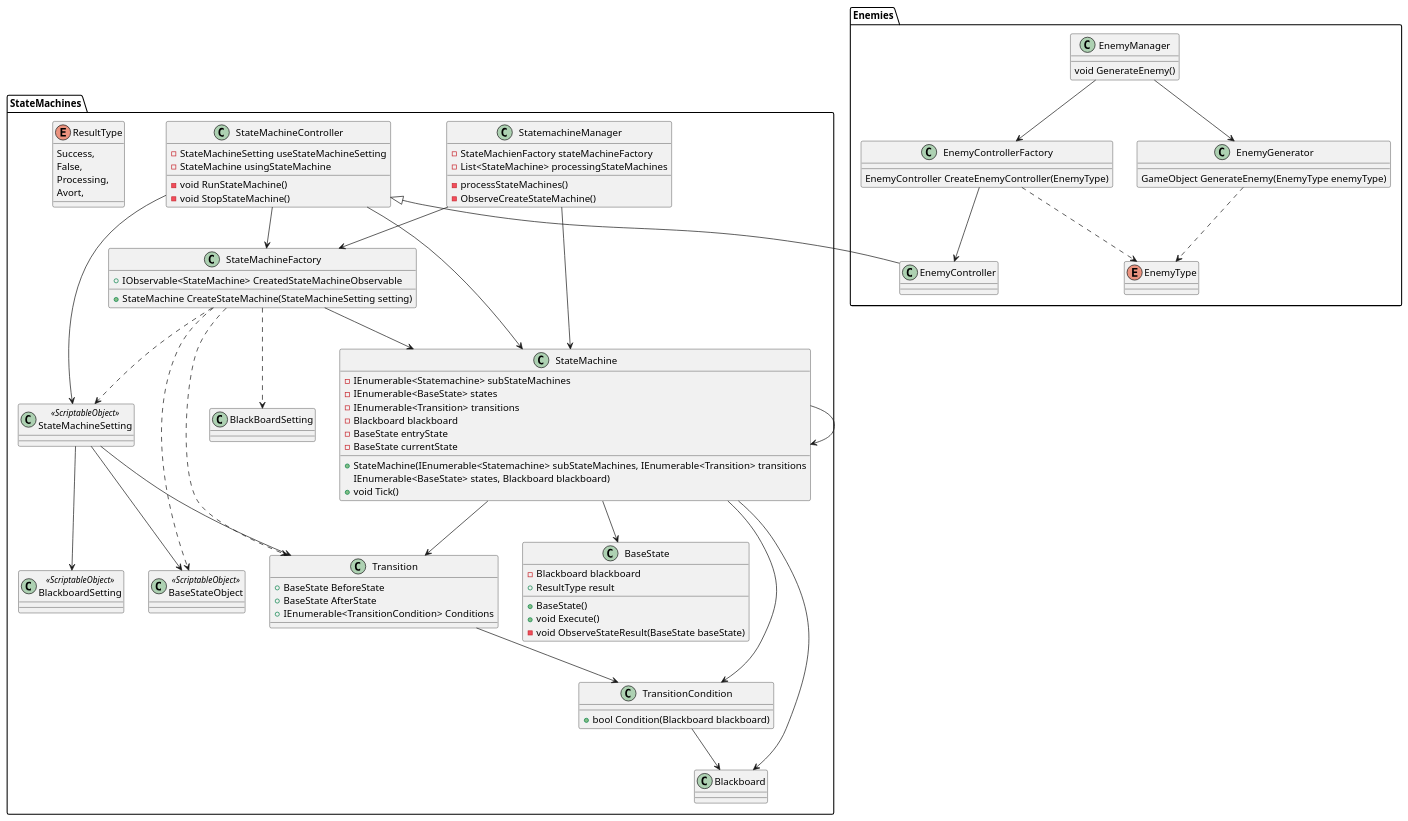
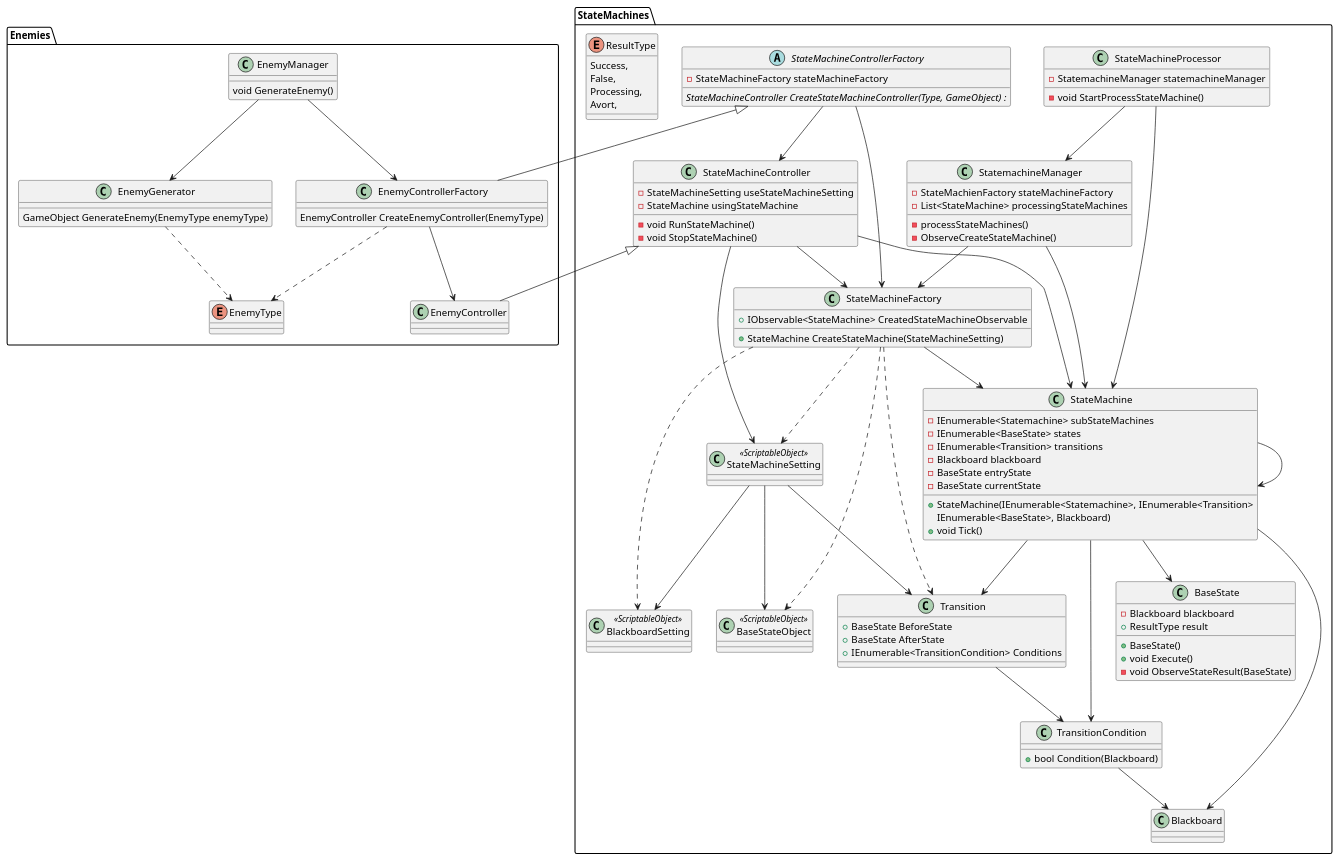
One commit to snsk0/TowerDefense changed the diagram in ClassDiagrams/StateMachine.pu. Above: the diagram before and after it, drawn with PlantUML. The commit also changed 8 other files, not shown here.

```diff
--- a/ClassDiagrams/StateMachine.pu
+++ b/ClassDiagrams/StateMachine.pu
@@ -1,110 +1,125 @@
 @startuml StateMachine
 
 namespace StateMachines{
     class StatemachineManager{
         -StateMachienFactory stateMachineFactory
         -List<StateMachine> processingStateMachines
         -processStateMachines()
         -ObserveCreateStateMachine()
     }
     class StateMachineFactory{
         +IObservable<StateMachine> CreatedStateMachineObservable
-        +StateMachine CreateStateMachine(StateMachineSetting setting)
+        +StateMachine CreateStateMachine(StateMachineSetting)
     }
     class StateMachineController{
         -StateMachineSetting useStateMachineSetting
         -StateMachine usingStateMachine
         -void RunStateMachine()
         -void StopStateMachine()
+    }
+    abstract StateMachineControllerFactory{
+        -StateMachineFactory stateMachineFactory
+        {abstract} StateMachineController CreateStateMachineController(Type, GameObject) : 
+    }
+    class StateMachineProcessor{
+        -StatemachineManager statemachineManager
+        -void StartProcessStateMachine()
     }
 
     class StateMachine{
         -IEnumerable<Statemachine> subStateMachines
         -IEnumerable<BaseState> states
         -IEnumerable<Transition> transitions
         -Blackboard blackboard
         -BaseState entryState
         -BaseState currentState
-        +StateMachine(IEnumerable<Statemachine> subStateMachines, IEnumerable<Transition> transitions
-            IEnumerable<BaseState> states, Blackboard blackboard)
+        +StateMachine(IEnumerable<Statemachine>, IEnumerable<Transition>
+            IEnumerable<BaseState>, Blackboard)
         +void Tick()
     }
     class BaseState{
         -Blackboard blackboard
         +ResultType result
         +BaseState()
         +void Execute()
-        -void ObserveStateResult(BaseState baseState)
+        -void ObserveStateResult(BaseState)
     }
     class Transition{
         +BaseState BeforeState
         +BaseState AfterState
         +IEnumerable<TransitionCondition> Conditions
     }
     class TransitionCondition{
-        +bool Condition(Blackboard blackboard)
+        +bool Condition(Blackboard)
     }
     class Blackboard
     
     class StateMachineSetting<<ScriptableObject>>
     class BaseStateObject<<ScriptableObject>>
     class BlackboardSetting<<ScriptableObject>>
 
     enum ResultType{
         Success,
         False,
         Processing,
         Avort,
     }
 
     StatemachineManager-->StateMachine
     StatemachineManager-->StateMachineFactory
 
     StateMachineController-->StateMachine
     StateMachineController-->StateMachineFactory
     StateMachineController-->StateMachineSetting
 
     StateMachineFactory-->StateMachine
     StateMachineFactory..>StateMachineSetting
     StateMachineFactory..>BaseStateObject
     StateMachineFactory..>Transition
-    StateMachineFactory..>BlackBoardSetting
+    StateMachineFactory..>BlackboardSetting
+
+    StateMachineControllerFactory-->StateMachineController
+    StateMachineControllerFactory-->StateMachineFactory
+
+    StateMachineProcessor-->StatemachineManager
+    StateMachineProcessor-->StateMachine
 
     StateMachine-->StateMachine
     StateMachine-->BaseState
     StateMachine-->Transition
     StateMachine-->TransitionCondition
     StateMachine-->Blackboard
 
     StateMachineSetting-->BaseStateObject
     StateMachineSetting-->BlackboardSetting
     StateMachineSetting-->Transition
     Transition-->TransitionCondition
 
     TransitionCondition-->Blackboard
 }
 
 namespace Enemies{
     class EnemyManager{
         void GenerateEnemy()
     }
     class EnemyGenerator{
         GameObject GenerateEnemy(EnemyType enemyType)
     }
     class EnemyControllerFactory{
         EnemyController CreateEnemyController(EnemyType)
     }
     class EnemyController
     enum EnemyType
 
     EnemyManager-->EnemyGenerator
     EnemyManager-->EnemyControllerFactory
     EnemyControllerFactory-->EnemyController
 
     EnemyGenerator..>EnemyType
     EnemyControllerFactory..>EnemyType
 }
 
 StateMachines.StateMachineController<|--Enemies.EnemyController
+StateMachines.StateMachineControllerFactory<|--Enemies.EnemyControllerFactory
 
 @enduml
```
